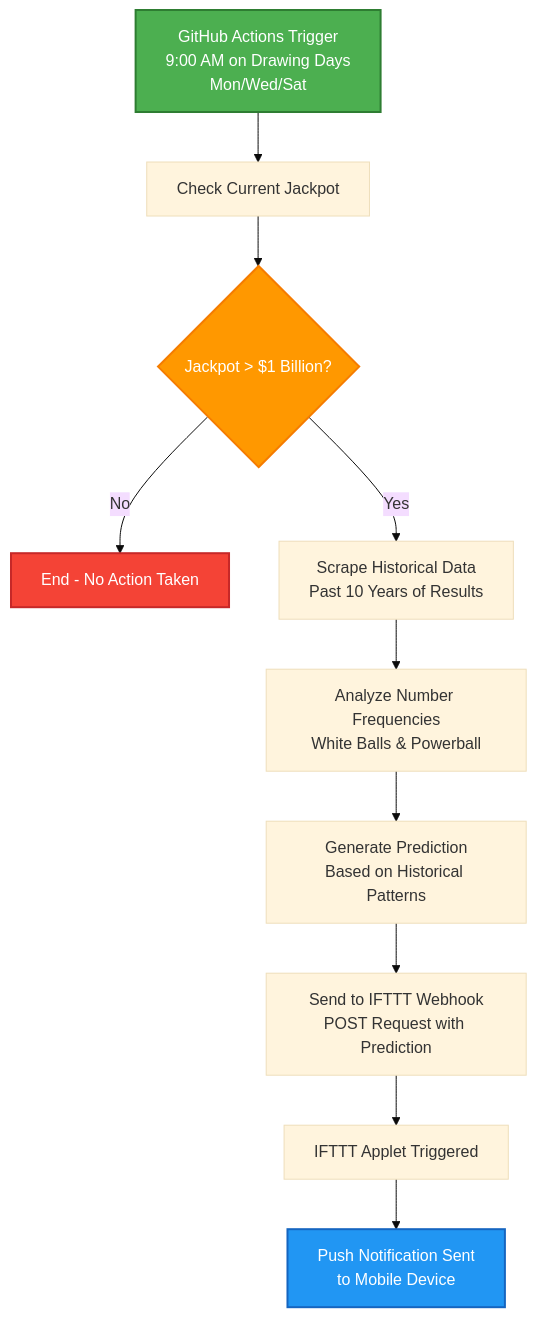
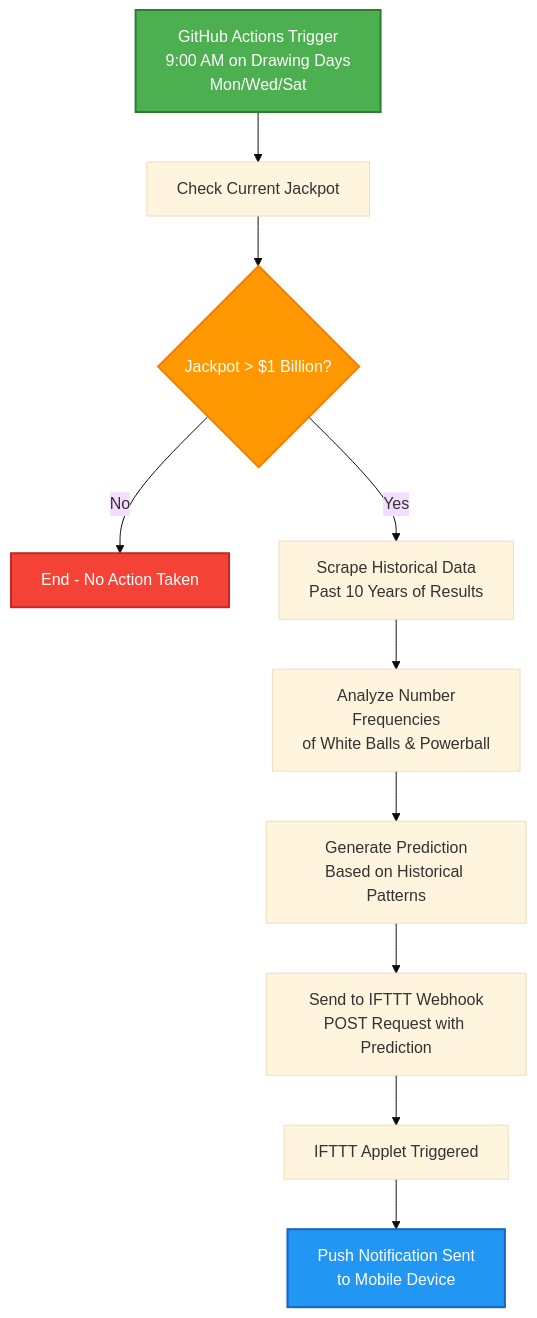
One commit to MBarc/Florida-Powerball-Predictor changed the diagram in README.md. Above: the diagram before and after it, drawn with Mermaid (base theme).

Commit message:
Improve readability of flowchart in README

````diff
--- a/README.md
+++ b/README.md
@@ -14,17 +14,17 @@
 ```mermaid
 flowchart TD
     A[GitHub Actions Trigger<br/>9:00 AM on Drawing Days<br/>Mon/Wed/Sat] --> B[Check Current Jackpot]
     B --> C{Jackpot > $1 Billion?}
     C -->|No| D[End - No Action Taken]
     C -->|Yes| E[Scrape Historical Data<br/>Past 10 Years of Results]
-    E --> F[Analyze Number Frequencies<br/>White Balls & Powerball]
+    E --> F[Analyze Number <br/>Frequencies<br/> of White Balls & Powerball]
     F --> G[Generate Prediction<br/>Based on Historical Patterns]
     G --> H[Send to IFTTT Webhook<br/>POST Request with Prediction]
     H --> I[IFTTT Applet Triggered]
     I --> J[Push Notification Sent<br/>to Mobile Device]
     
     style A fill:#4CAF50,stroke:#2E7D32,stroke-width:2px,color:#fff
     style C fill:#FF9800,stroke:#F57C00,stroke-width:2px,color:#fff
     style D fill:#F44336,stroke:#C62828,stroke-width:2px,color:#fff
     style J fill:#2196F3,stroke:#1565C0,stroke-width:2px,color:#fff
 ```
````
